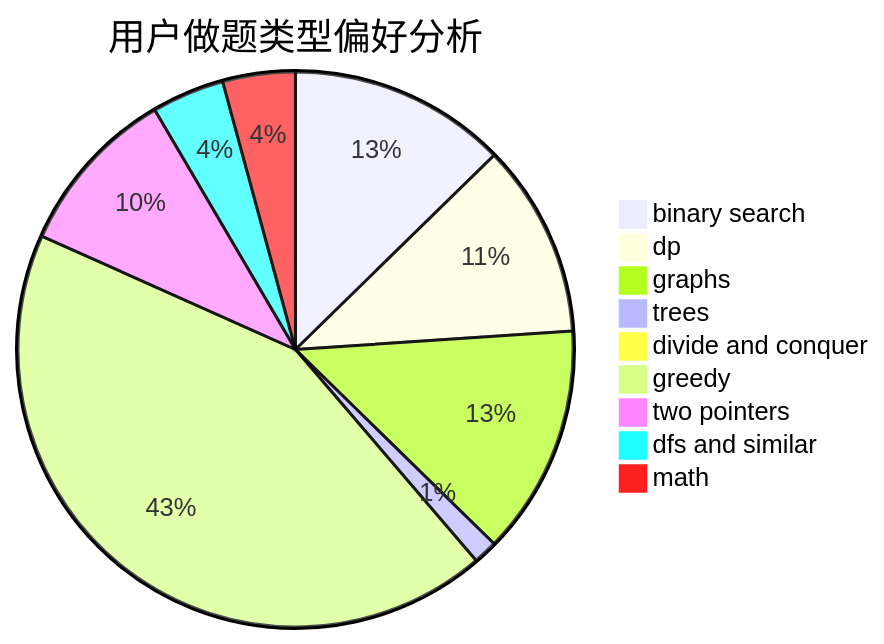
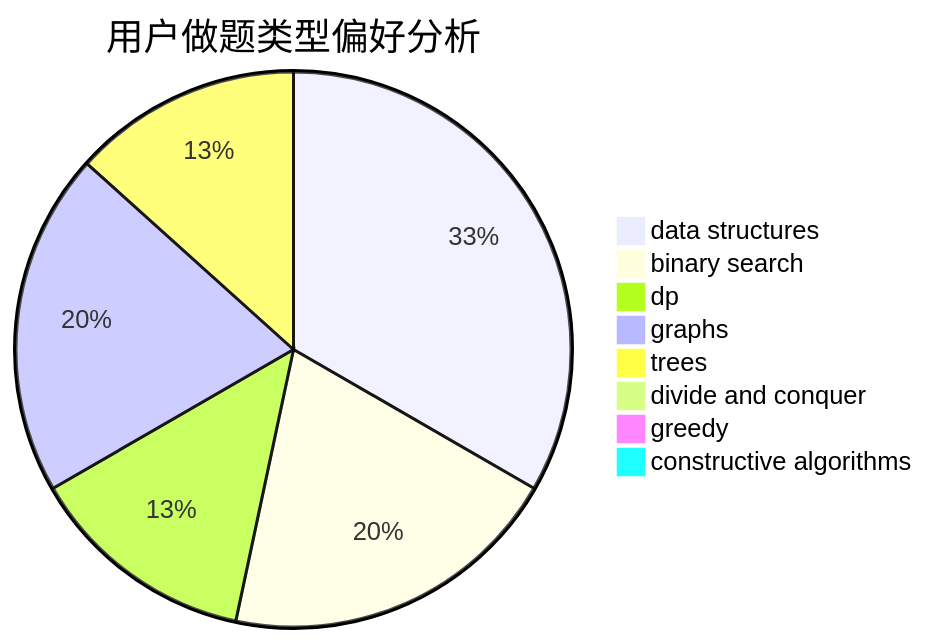
The second of 3 diagrams in docs/user/u767.md (sherpahu/cfrs.github.io), drawn with Mermaid before and after one commit. The commit also changed other lines of this file and 2775 other files, not shown here.

````diff
--- a/docs/user/u767.md
+++ b/docs/user/u767.md
@@ -23,12 +23,11 @@
 ```mermaid
 pie title 用户做题类型偏好分析
-    "binary search" :  18
-    "dp" :  16
-    "graphs" :  19
+    "data structures" :  5
+    "binary search" :  3
+    "dp" :  2
+    "graphs" :  3
     "trees" :  2
     "divide and conquer" :  0
-    "greedy" :  61
-    "two pointers" :  14
-    "dfs and similar" :  6
-    "math" :  6
+    "greedy" :  0
+    "constructive algorithms" :  0
 ```
````
